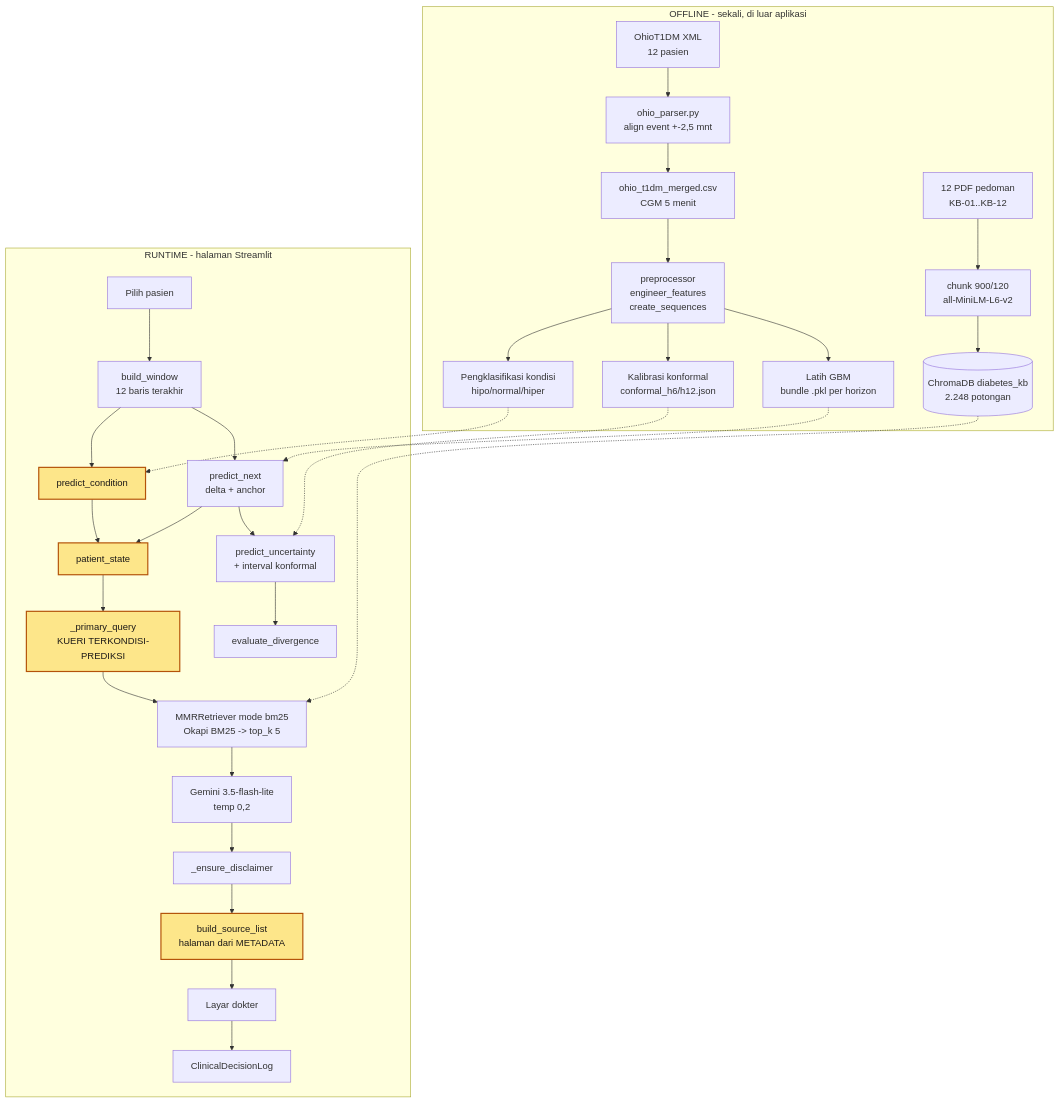
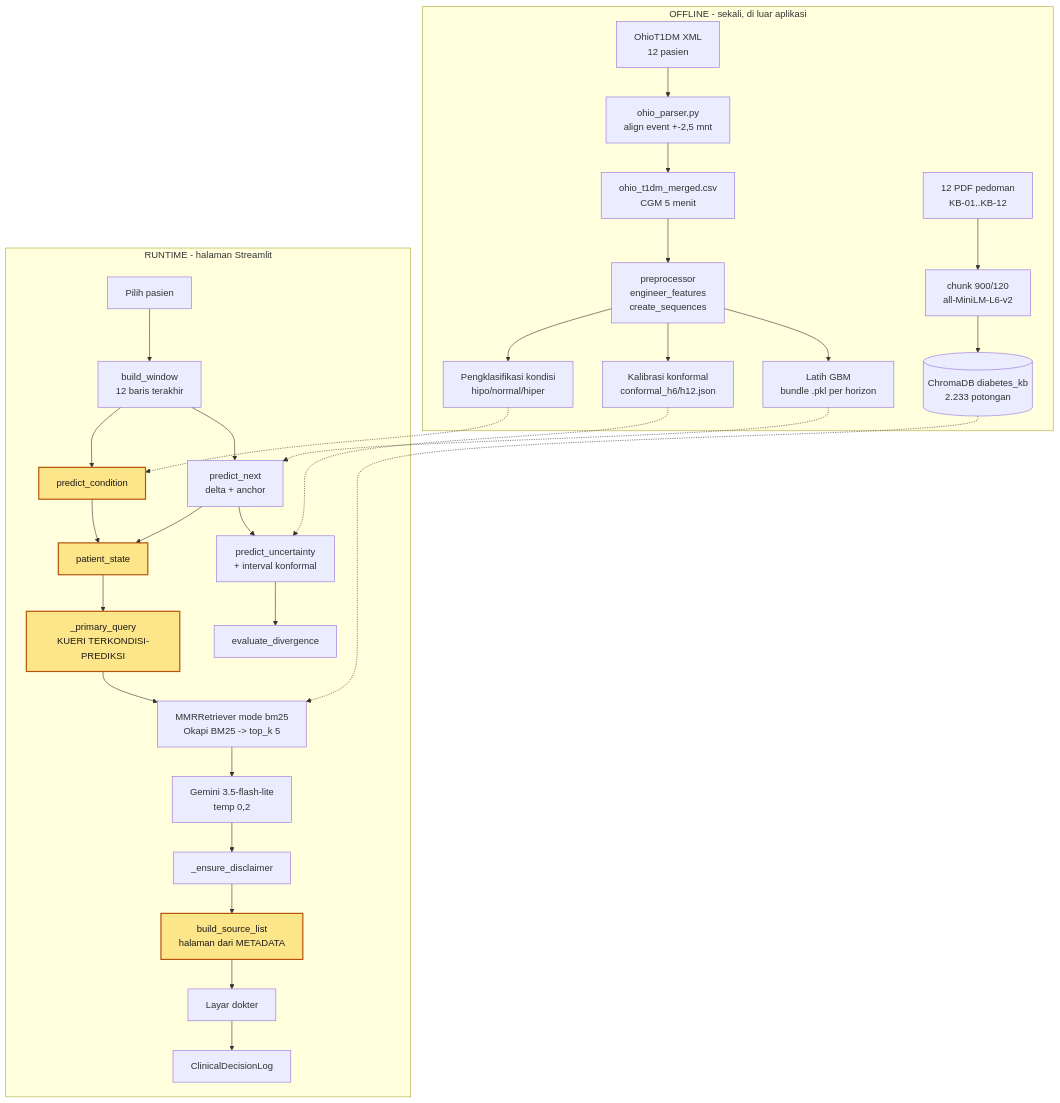
The diagram in docs/METHODOLOGY.md (jackund25/final-bachelor-project), drawn with Mermaid before and after one commit. The commit also changed other lines of this file and 1 other file, not shown here.

````diff
--- a/docs/METHODOLOGY.md
+++ b/docs/METHODOLOGY.md
@@ -299,38 +299,38 @@
 ```mermaid
 flowchart TD
     subgraph OFFLINE["OFFLINE - sekali, di luar aplikasi"]
         A["OhioT1DM XML<br/>12 pasien"] --> B["ohio_parser.py<br/>align event +-2,5 mnt"]
         B --> C["ohio_t1dm_merged.csv<br/>CGM 5 menit"]
         C --> D["preprocessor<br/>engineer_features<br/>create_sequences"]
         D --> E["Latih GBM<br/>bundle .pkl per horizon"]
         D --> E2["Kalibrasi konformal<br/>conformal_h6/h12.json"]
         D --> E3["Pengklasifikasi kondisi<br/>hipo/normal/hiper"]
         F["12 PDF pedoman<br/>KB-01..KB-12"] --> G["chunk 900/120<br/>all-MiniLM-L6-v2"]
-        G --> H[("ChromaDB diabetes_kb<br/>2.248 potongan")]
+        G --> H[("ChromaDB diabetes_kb<br/>2.233 potongan")]
     end
 
     subgraph RUNTIME["RUNTIME - halaman Streamlit"]
         I["Pilih pasien"] --> J["build_window<br/>12 baris terakhir"]
         J --> K["predict_next<br/>delta + anchor"]
         K --> L["predict_uncertainty<br/>+ interval konformal"]
         J --> M["predict_condition"]
         L --> N["evaluate_divergence"]
         M --> O["patient_state"]
         K --> O
         O --> P["_primary_query<br/>KUERI TERKONDISI-PREDIKSI"]
         P --> Q["MMRRetriever mode bm25<br/>Okapi BM25 -> top_k 5"]
         H -.-> Q
         Q --> R["Gemini 3.5-flash-lite<br/>temp 0,2"]
         R --> S["_ensure_disclaimer"]
         S --> T["build_source_list<br/>halaman dari METADATA"]
         T --> U["Layar dokter"]
         U --> V["ClinicalDecisionLog"]
     end
 
     E -.-> K
     E2 -.-> L
     E3 -.-> M
 
     classDef baru fill:#fde68a,stroke:#b45309,stroke-width:2px,color:#1c1917;
     class M,O,P,T baru;
 ```
````
